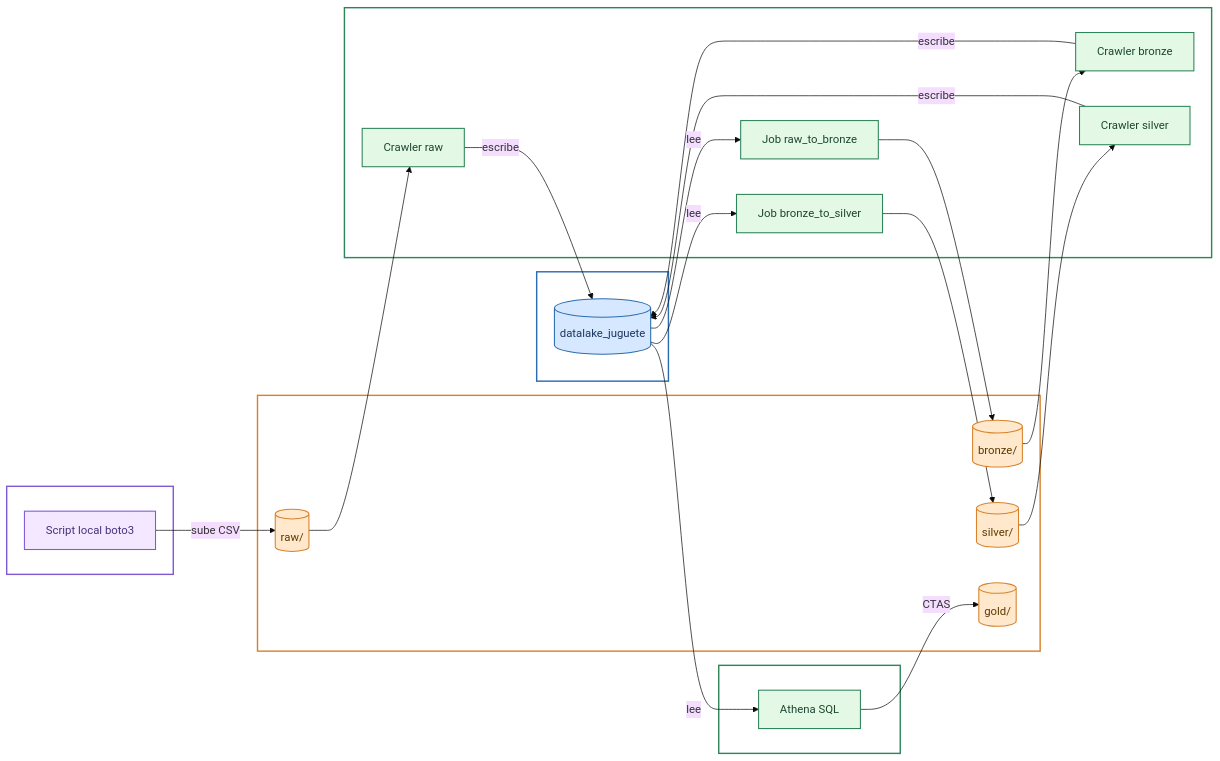
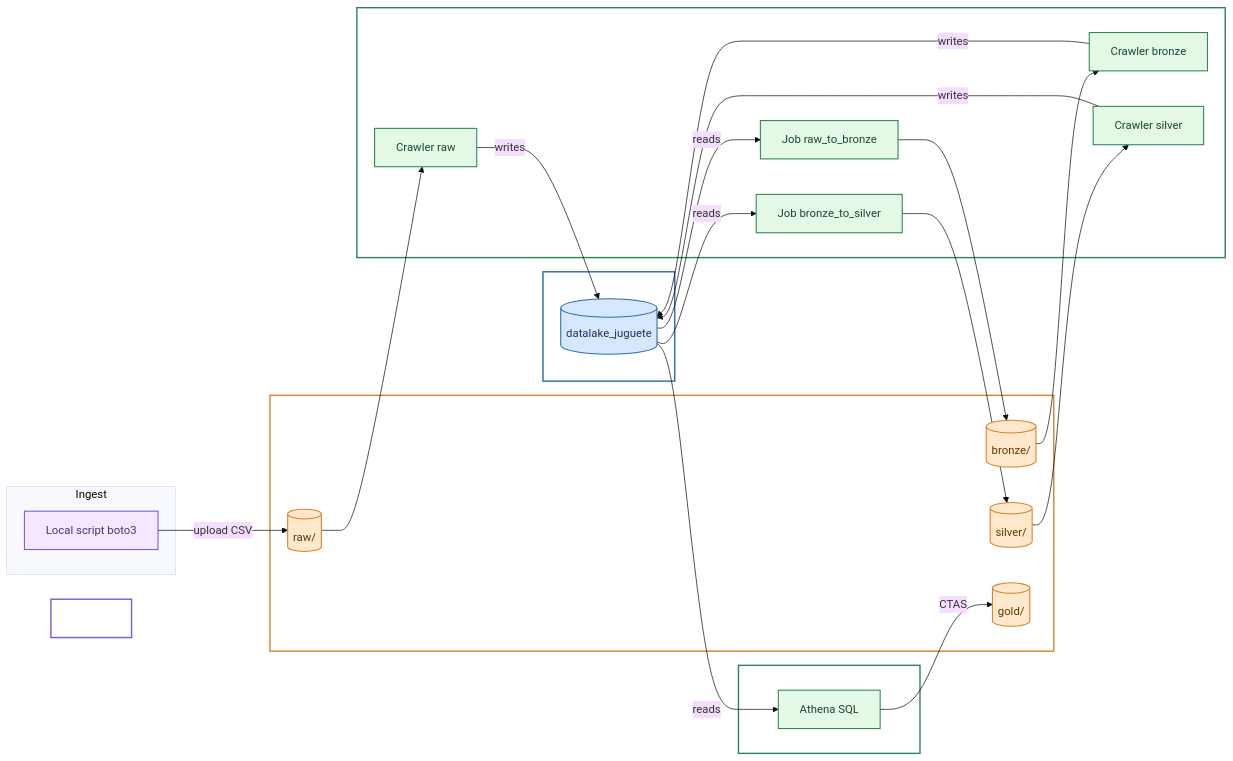
The diagram in README.en.md (D4v1son/DataLakeDeJuguete), drawn with Mermaid (base theme) before and after one commit. The commit also changed other lines of this file and 1 other file, not shown here.

````diff
--- a/README.en.md
+++ b/README.en.md
@@ -21,62 +18,62 @@
 ```mermaid
 flowchart LR
-    subgraph Ingesta["Ingesta"]
-        Local[Script local boto3]
+    subgraph Ingest["Ingest"]
+        Local[Local script boto3]
     end
 
     subgraph S3["S3 Bucket"]
         Raw[("raw/")]
         Bronze[("bronze/")]
         Silver[("silver/")]
         Gold[("gold/")]
     end
 
     subgraph Compute["Procesamiento"]
         CrawlerRaw[Crawler raw]
         JobBronze[Job raw_to_bronze]
         CrawlerBronze[Crawler bronze]
         JobSilver[Job bronze_to_silver]
         CrawlerSilver[Crawler silver]
     end
 
     subgraph Catalog["Glue Catalog"]
         DB[(datalake_juguete)]
     end
 
     subgraph AthenaGroup["Athena"]
         Athena[Athena SQL]
     end
 
-    Local -->|sube CSV| Raw
+    Local -->|upload CSV| Raw
 
     Raw --> CrawlerRaw
-    CrawlerRaw -->|escribe| DB
-    DB -->|lee| JobBronze
+    CrawlerRaw -->|writes| DB
+    DB -->|reads| JobBronze
     JobBronze --> Bronze
 
     Bronze --> CrawlerBronze
-    CrawlerBronze -->|escribe| DB
-    DB -->|lee| JobSilver
+    CrawlerBronze -->|writes| DB
+    DB -->|reads| JobSilver
     JobSilver --> Silver
 
     Silver --> CrawlerSilver
-    CrawlerSilver -->|escribe| DB
-    DB -->|lee| Athena
+    CrawlerSilver -->|writes| DB
+    DB -->|reads| Athena
     Athena -->|CTAS| Gold
 
     classDef s3style fill:#FFE8CC,stroke:#D9822B,stroke-width:1.5px,color:#5C3A00
     classDef catalogstyle fill:#D6E8FF,stroke:#2B6CB0,stroke-width:1.5px,color:#1A365D
     classDef computestyle fill:#E3F9E5,stroke:#2F855A,stroke-width:1.5px,color:#1C4532
     classDef ingestastyle fill:#F3E8FF,stroke:#805AD5,stroke-width:1.5px,color:#44337A
 
     class Raw,Bronze,Silver,Gold s3style
     class DB catalogstyle
     class CrawlerRaw,JobBronze,CrawlerBronze,JobSilver,CrawlerSilver,Athena computestyle
     class Local ingestastyle
 
     style Ingesta fill:transparent,stroke:#805AD5,stroke-width:2px,color:#ffffff,font-weight:bold
     style S3 fill:transparent,stroke:#D9822B,stroke-width:2px,color:#ffffff,font-weight:bold
     style Compute fill:transparent,stroke:#2F855A,stroke-width:2px,color:#ffffff,font-weight:bold
     style Catalog fill:transparent,stroke:#2B6CB0,stroke-width:2px,color:#ffffff,font-weight:bold
     style AthenaGroup fill:transparent,stroke:#2F855A,stroke-width:2px,color:#ffffff,font-weight:bold
 ```
````
